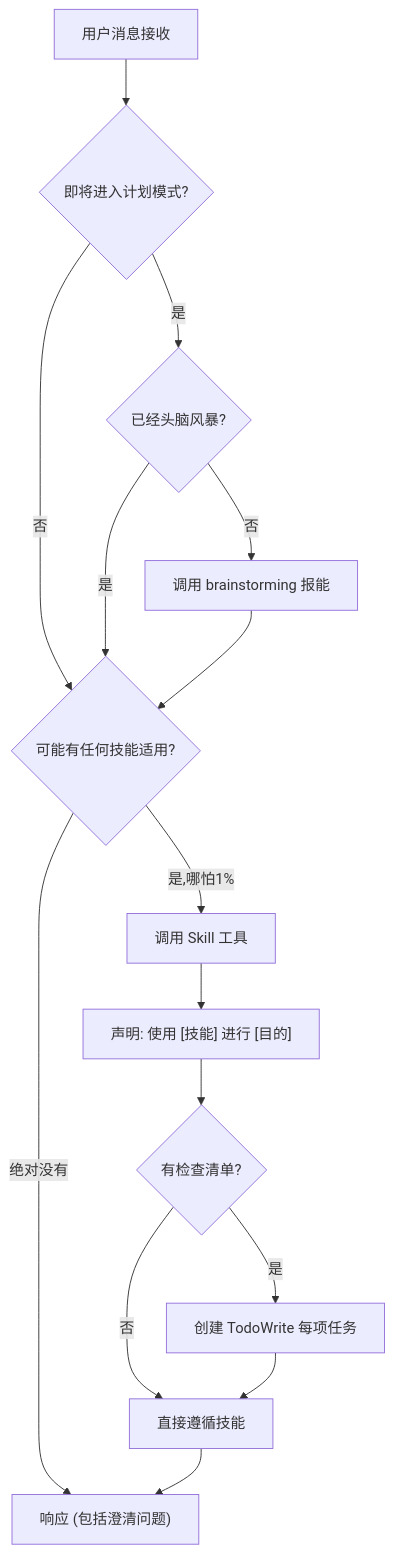
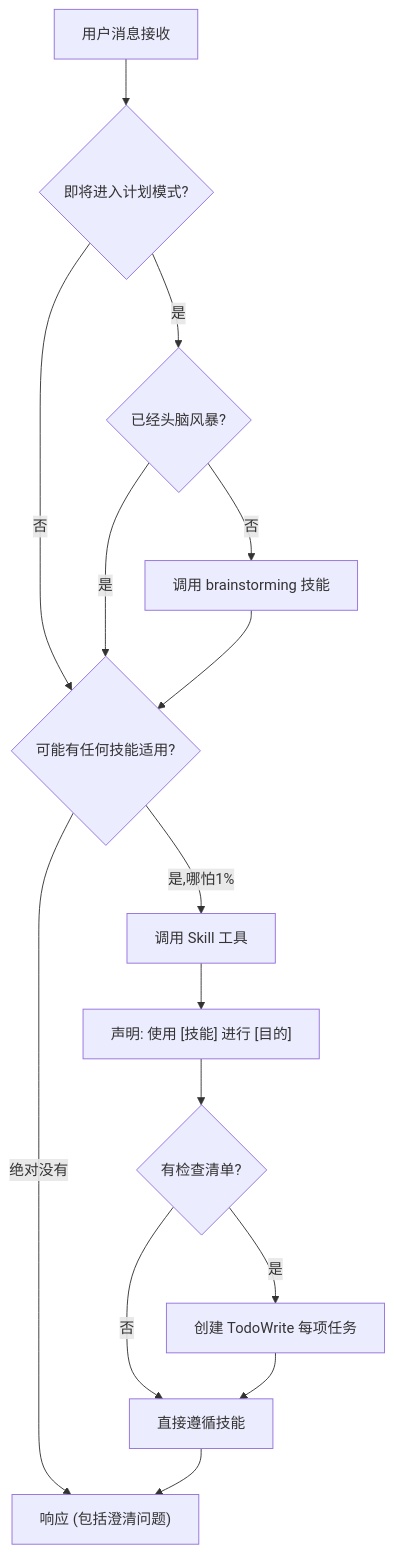
One commit to Jiraiya8/superpowers changed the third of 20 diagrams in docs/superpowers-flowcharts.md. Above: the diagram before and after it, drawn with Mermaid. The commit also changed other lines of this file and 1 other file, not shown here.

````diff
--- a/docs/superpowers-flowcharts.md
+++ b/docs/superpowers-flowcharts.md
@@ -109,24 +109,24 @@
 ```mermaid
 graph TB
     UserMessage["用户消息接收"] --> PlanModeCheck{"即将进入计划模式?"}
     
     PlanModeCheck -->|"是"| BrainstormedCheck{"已经头脑风暴?"}
     PlanModeCheck -->|"否"| MightApply{"可能有任何技能适用?"}
     
-    BrainstormedCheck -->|"否"| InvokeBrainstorm["调用 brainstorming 报能"]
+    BrainstormedCheck -->|"否"| InvokeBrainstorm["调用 brainstorming 技能"]
     BrainstormedCheck -->|"是"| MightApply
     
     InvokeBrainstorm --> MightApply
     
     MightApply -->|"是,哪怕1%"| InvokeSkillTool["调用 Skill 工具"]
     MightApply -->|"绝对没有"| Respond["响应 (包括澄清问题)"]
     
     InvokeSkillTool --> AnnounceUse["声明: 使用 [技能] 进行 [目的]"]
     AnnounceUse --> ChecklistCheck{"有检查清单?"}
     
     ChecklistCheck -->|"是"| CreateTodoItem["创建 TodoWrite 每项任务"]
     ChecklistCheck -->|"否"| FollowDirectly["直接遵循技能"]
     
     CreateTodoItem --> FollowDirectly
     FollowDirectly --> Respond
 ```
````
